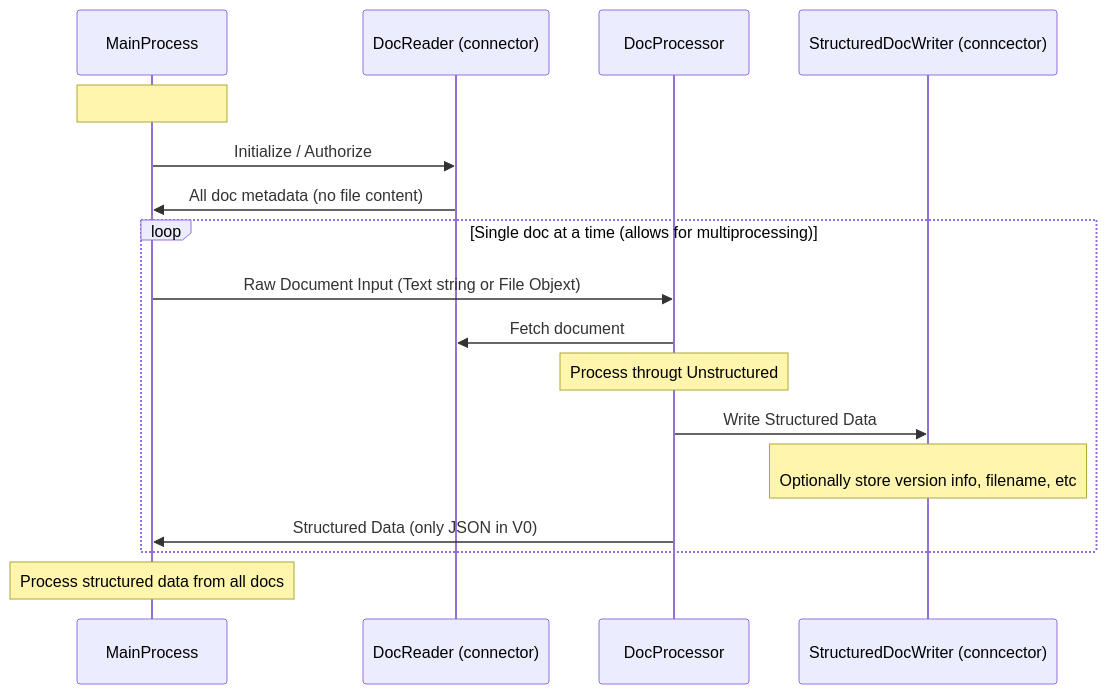
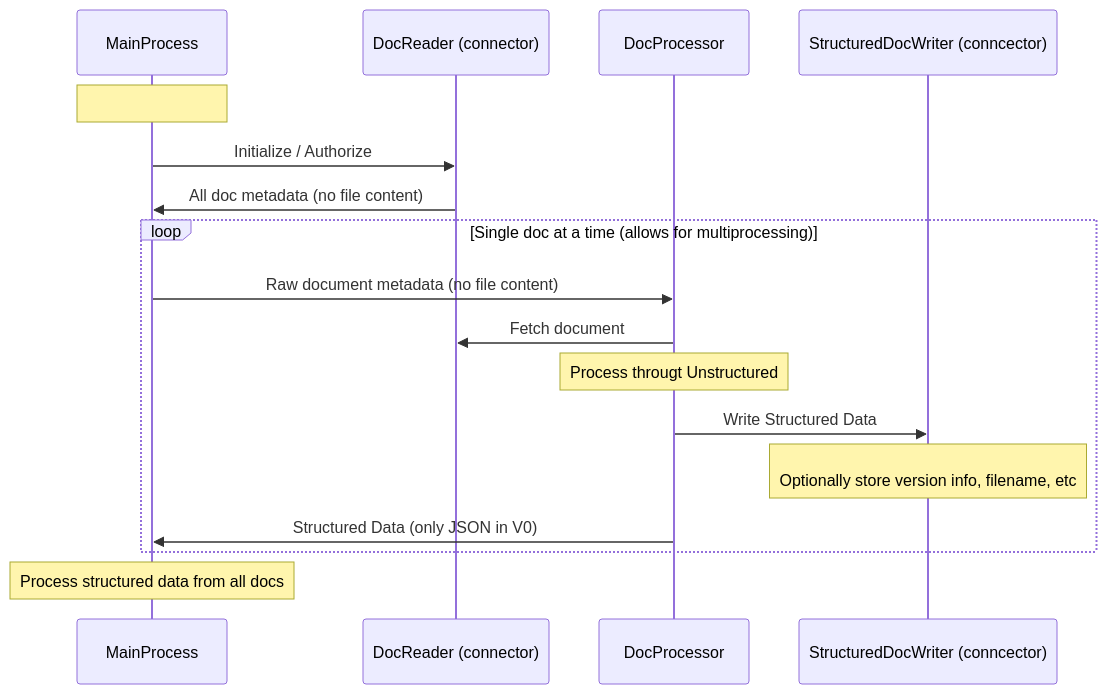
One commit to cragwolfe/unstructured-ingest changed the diagram in README.md. Above: the diagram before and after it, drawn with Mermaid.

````diff
--- a/README.md
+++ b/README.md
@@ -12,19 +12,19 @@
 ```mermaid
 sequenceDiagram
     participant MainProcess
     participant DocReader (connector)
     participant DocProcessor
     participant StructuredDocWriter (conncector)
     Note over MainProcess: 
     MainProcess->>DocReader (connector): Initialize / Authorize
     DocReader (connector)->>MainProcess: All doc metadata (no file content)
     loop Single doc at a time (allows for multiprocessing)
-    MainProcess->>DocProcessor: Raw Document Input (Text string or File Objext)
+    MainProcess->>DocProcessor: Raw document metadata (no file content)
     DocProcessor->>DocReader (connector): Fetch document
     Note over DocProcessor: Process througt Unstructured
     DocProcessor->>StructuredDocWriter (conncector): Write Structured Data
     Note over StructuredDocWriter (conncector): <br /> Optionally store version info, filename, etc
     DocProcessor->>MainProcess: Structured Data (only JSON in V0)
     end
     Note over MainProcess: Process structured data from all docs
 ```
````
